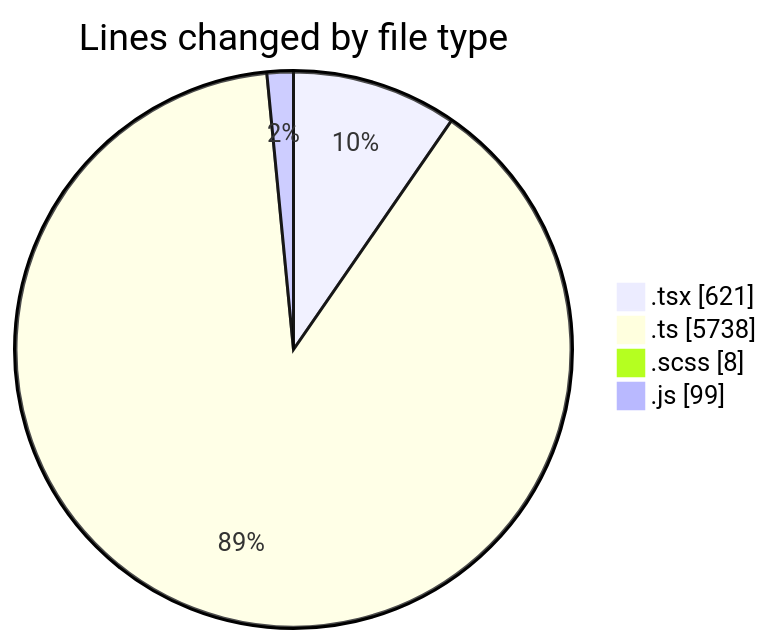
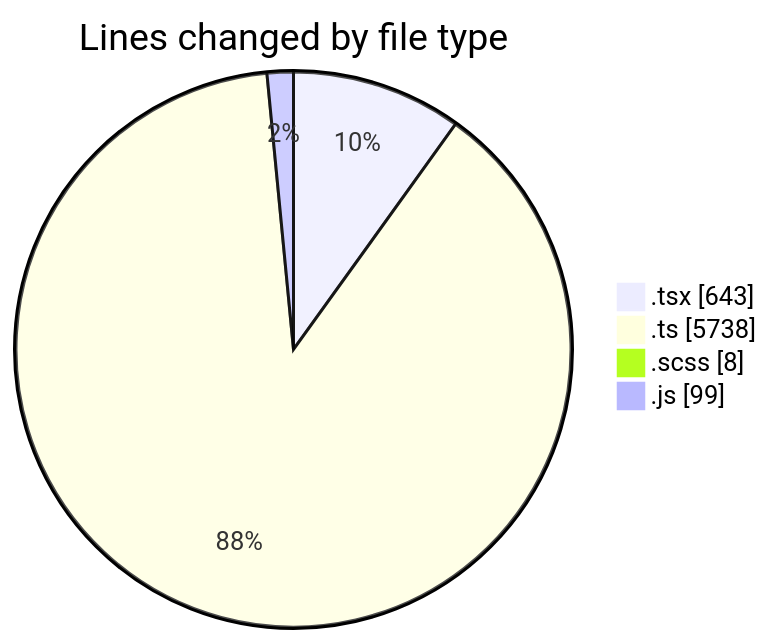
Before and after one commit to momahboobian/code-tracking: the first of 2 diagrams in 2025-03-26/cda/README.md, drawn with Mermaid. The commit also changed other lines of this file and 1 other file, not shown here.

````diff
--- a/2025-03-26/cda/README.md
+++ b/2025-03-26/cda/README.md
@@ -35,8 +35,8 @@
 ```mermaid
 pie showData
 title Lines changed by file type
-".tsx" : 621
+".tsx" : 643
 ".ts" : 5738
 ".scss" : 8
 ".js" : 99
 ```
````
